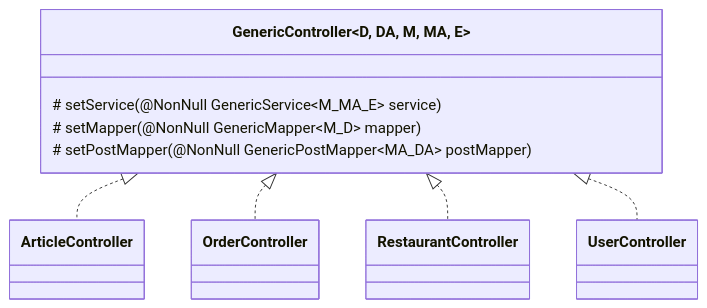
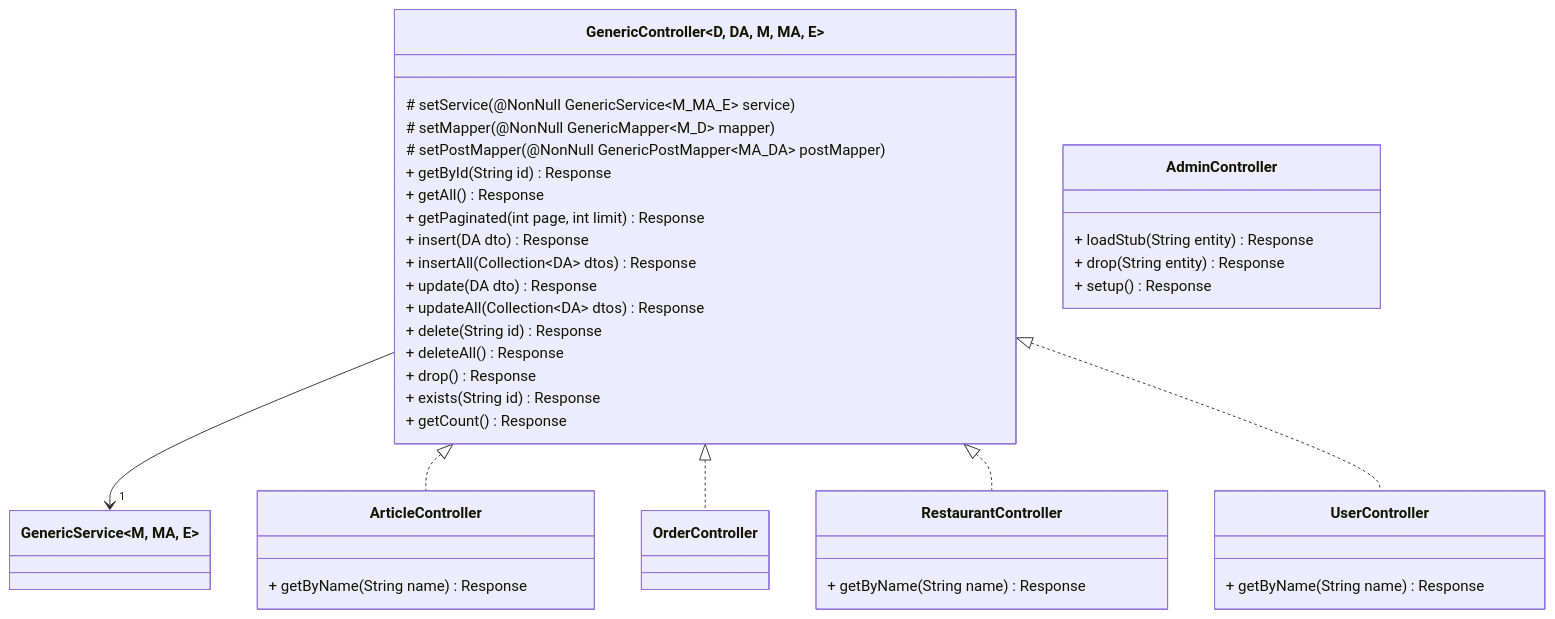
One commit to HandyS11/Mong-Eat changed the second of 4 diagrams in README.md. Above: the diagram before and after it, drawn with Mermaid. The commit also changed other lines of this file, not shown here.

Commit message:
add diagrams

````diff
--- a/README.md
+++ b/README.md
@@ -94,29 +89,48 @@
 ```mermaid
 classDiagram
 
 class GenericController~D, DA, M, MA, E~ {
     # setService(@NonNull GenericService~M_MA_E~ service)
     # setMapper(@NonNull GenericMapper~M_D~ mapper)
     # setPostMapper(@NonNull GenericPostMapper~MA_DA~ postMapper)
+    + getById(String id) Response
+    + getAll() Response
+    + getPaginated(int page, int limit) Response
+    + insert(DA dto) Response
+    + insertAll(Collection~DA~ dtos) Response
+    + update(DA dto) Response
+    + updateAll(Collection~DA~ dtos) Response
+    + delete(String id) Response
+    + deleteAll() Response
+    + drop() Response
+    + exists(String id) Response
+    + getCount() Response
 }
+GenericController --> "1" GenericService~M, MA, E~
 
 class ArticleController {
-    
+    + getByName(String name) Response
 }
 GenericController <|.. ArticleController
 
 class OrderController {
     
 }
 GenericController <|.. OrderController
 
 class RestaurantController {
-    
+    + getByName(String name) Response
 }
 GenericController <|.. RestaurantController
 
 class UserController {
-    
+    + getByName(String name) Response
 }
 GenericController <|.. UserController
+
+class AdminController {
+    + loadStub(String entity) Response
+    + drop(String entity) Response
+    + setup() Response
+}
 ```
````
